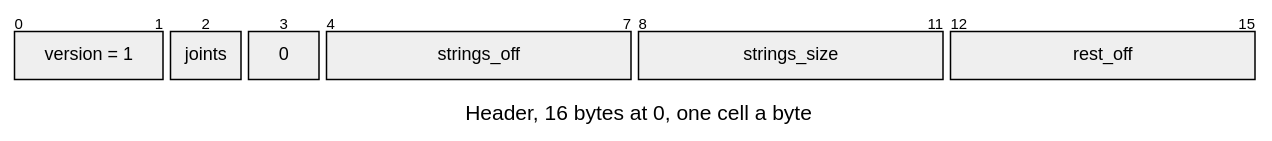
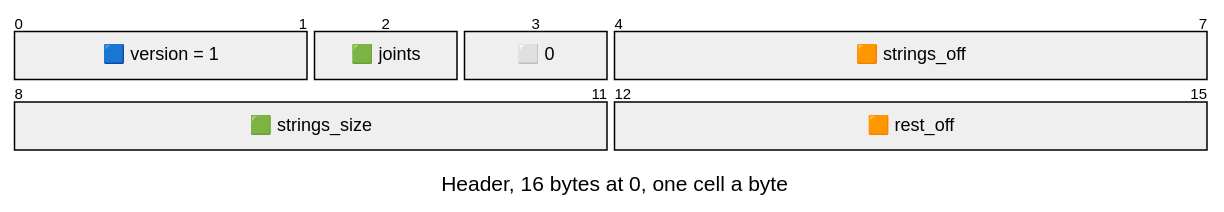
Before and after one commit to jose-villegas/autana: the first of 3 diagrams in docs/assets/formats/SKEL.md, drawn with Mermaid. The commit also changed other lines of this file and 14 other files, not shown here.

````diff
--- a/docs/assets/formats/SKEL.md
+++ b/docs/assets/formats/SKEL.md
@@ -5,16 +5,16 @@
 ```mermaid
 ---
 config:
   packet:
-    bitsPerRow: 16
-    bitWidth: 52
+    bitsPerRow: 8
+    bitWidth: 100
 ---
 packet-beta
 title Header, 16 bytes at 0, one cell a byte
-0-1: "version = 1"
-2: "joints"
-3: "0"
-4-7: "strings_off"
-8-11: "strings_size"
-12-15: "rest_off"
+0-1: "🟦 version = 1"
+2: "🟩 joints"
+3: "⬜ 0"
+4-7: "🟧 strings_off"
+8-11: "🟩 strings_size"
+12-15: "🟧 rest_off"
 ```
````
